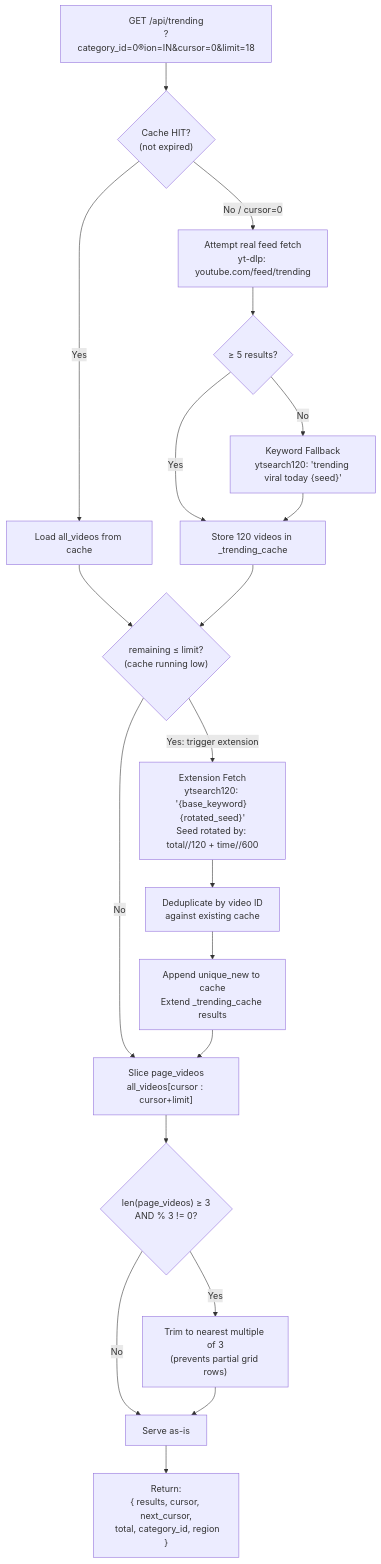
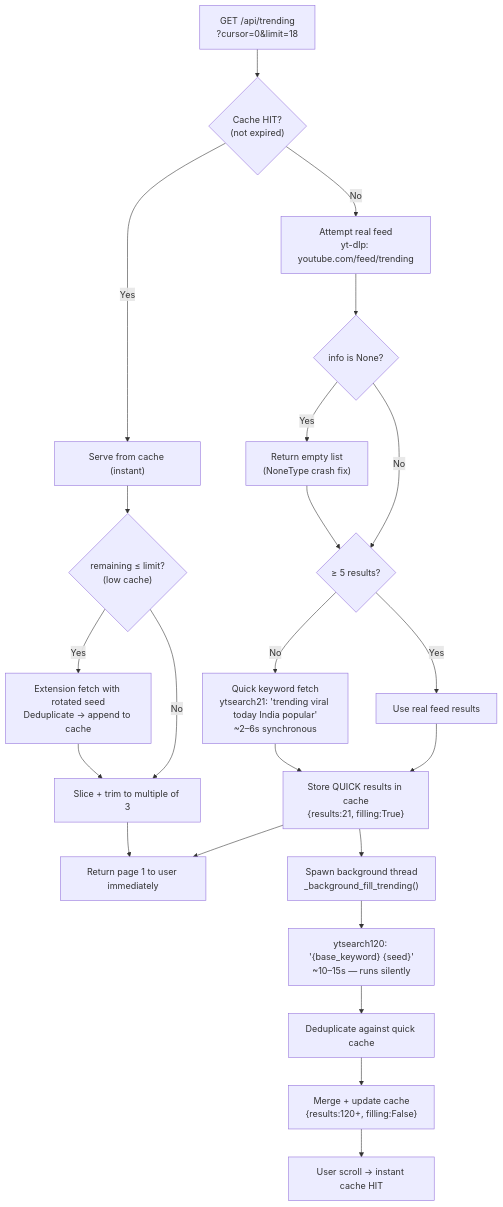
Before and after one commit to Utsavstack/YT-Deluxe: the second of 22 diagrams in ARCHITECTURE.md, drawn with Mermaid. The commit also changed other lines of this file and 1 other file, not shown here.

First line of the commit message:
perf(backend): quick-fetch + background fill for trending & search, async search endpoint, NoneType crash fix

````diff
--- a/ARCHITECTURE.md
+++ b/ARCHITECTURE.md
@@ -359,29 +363,31 @@
 ```mermaid
 flowchart TD
-    A["GET /api/trending\n?category_id=0&region=IN&cursor=0&limit=18"] --> B{"Cache HIT?\n(not expired)"}
-    
-    B -- "Yes" --> C["Load all_videos from cache"]
-    B -- "No / cursor=0" --> D["Attempt real feed fetch\nyt-dlp: youtube.com/feed/trending"]
-    
-    D --> E{"≥ 5 results?"}
-    E -- "No" --> F["Keyword Fallback\nytsearch120: 'trending viral today {seed}'"]
-    E -- "Yes" --> G["Store 120 videos in _trending_cache"]
+    A["GET /api/trending\n?cursor=0&limit=18"] --> B{"Cache HIT?\n(not expired)"}
+
+    B -- "Yes" --> C["Serve from cache (instant)"]
+    B -- "No" --> D["Attempt real feed\nyt-dlp: youtube.com/feed/trending"]
+
+    D --> E{"info is None?"}
+    E -- "Yes" --> F["Return empty list\n(NoneType crash fix)"]
+    E -- "No" --> G{"≥ 5 results?"}
+
     F --> G
+    G -- "No" --> H["Quick keyword fetch\nytsearch21: 'trending viral today India popular'\n~2–6s synchronous"]
+    G -- "Yes" --> I["Use real feed results"]
 
-    C --> H{"remaining ≤ limit?\n(cache running low)"}
-    G --> H
+    H --> J["Store QUICK results in cache\n{results:21, filling:True}"]
+    I --> J
+    J --> K["Return page 1 to user immediately"]
 
-    H -- "Yes: trigger extension" --> I["Extension Fetch\nytsearch120: '{base_keyword} {rotated_seed}'\nSeed rotated by: total//120 + time//600"]
-    H -- "No" --> J["Slice page_videos\nall_videos[cursor : cursor+limit]"]
-    
-    I --> K["Deduplicate by video ID\nagainst existing cache"]
-    K --> L["Append unique_new to cache\nExtend _trending_cache results"]
-    L --> J
+    J --> L["Spawn background thread\n_background_fill_trending()"]
+    L --> M["ytsearch120: '{base_keyword} {seed}'\n~10–15s — runs silently"]
+    M --> N["Deduplicate against quick cache"]
+    N --> O["Merge + update cache\n{results:120+, filling:False}"]
+    O --> P["User scroll → instant cache HIT"]
 
-    J --> M{"len(page_videos) ≥ 3\nAND % 3 != 0?"}
-    M -- "Yes" --> N["Trim to nearest multiple of 3\n(prevents partial grid rows)"]
-    M -- "No" --> O["Serve as-is"]
-    N --> O
-
-    O --> P["Return:\n{ results, cursor, next_cursor,\n  total, category_id, region }"]
+    C --> Q{"remaining ≤ limit?\n(low cache)"}
+    Q -- "Yes" --> R["Extension fetch with rotated seed\nDeduplicate → append to cache"]
+    Q -- "No" --> S["Slice + trim to multiple of 3"]
+    R --> S
+    S --> K
 ```
````
